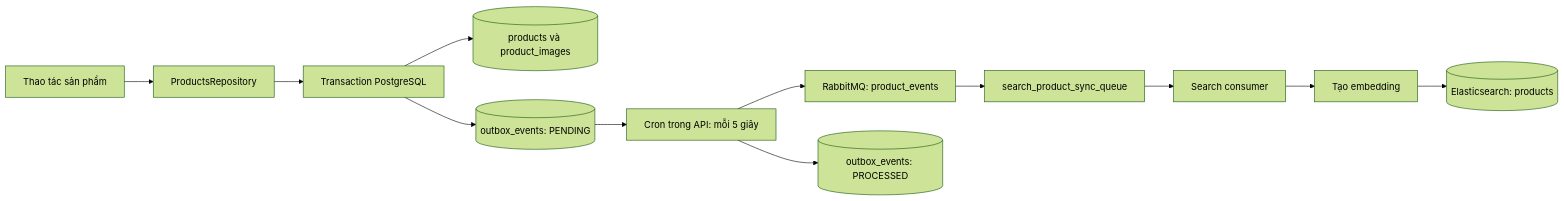
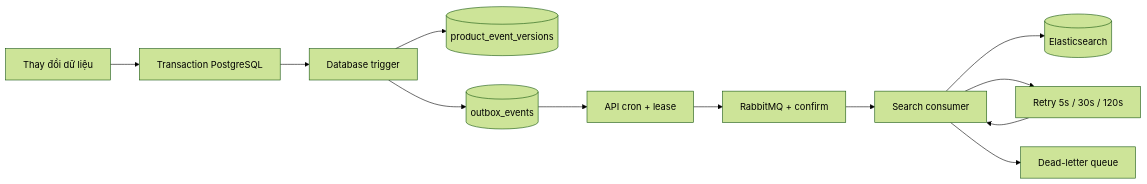
Before and after one commit to isv-anh/Ecommerce-API-First-Development: the diagram in docs/outbox-pattern.md, drawn with Mermaid (forest theme). The commit also changed other lines of this file and 16 other files, not shown here.

First line of the commit message:
feat: enhance RabbitMQ consumer with retry and dead letter queue handling

````diff
--- a/docs/outbox-pattern.md
+++ b/docs/outbox-pattern.md
@@ -28,14 +19,14 @@
 ```mermaid
 flowchart LR
-    Request[Thao tác sản phẩm] --> Repo[ProductsRepository]
-    Repo --> Tx[Transaction PostgreSQL]
-    Tx --> Products[(products và product_images)]
-    Tx --> Outbox[(outbox_events: PENDING)]
-    Outbox --> Cron[Cron trong API: mỗi 5 giây]
-    Cron --> Exchange[RabbitMQ: product_events]
-    Exchange --> Queue[search_product_sync_queue]
-    Queue --> Consumer[Search consumer]
-    Consumer --> Embedding[Tạo embedding]
-    Embedding --> ES[(Elasticsearch: products)]
-    Cron --> Done[(outbox_events: PROCESSED)]
+    Mutation[Thay đổi dữ liệu] --> Tx[Transaction PostgreSQL]
+    Tx --> Trigger[Database trigger]
+    Trigger --> Ledger[(product_event_versions)]
+    Trigger --> Outbox[(outbox_events)]
+    Outbox --> Worker[API cron + lease]
+    Worker --> MQ[RabbitMQ + confirm]
+    MQ --> Consumer[Search consumer]
+    Consumer --> ES[(Elasticsearch)]
+    Consumer --> Retry[Retry 5s / 30s / 120s]
+    Retry --> Consumer
+    Consumer --> DLQ[Dead-letter queue]
 ```
````
